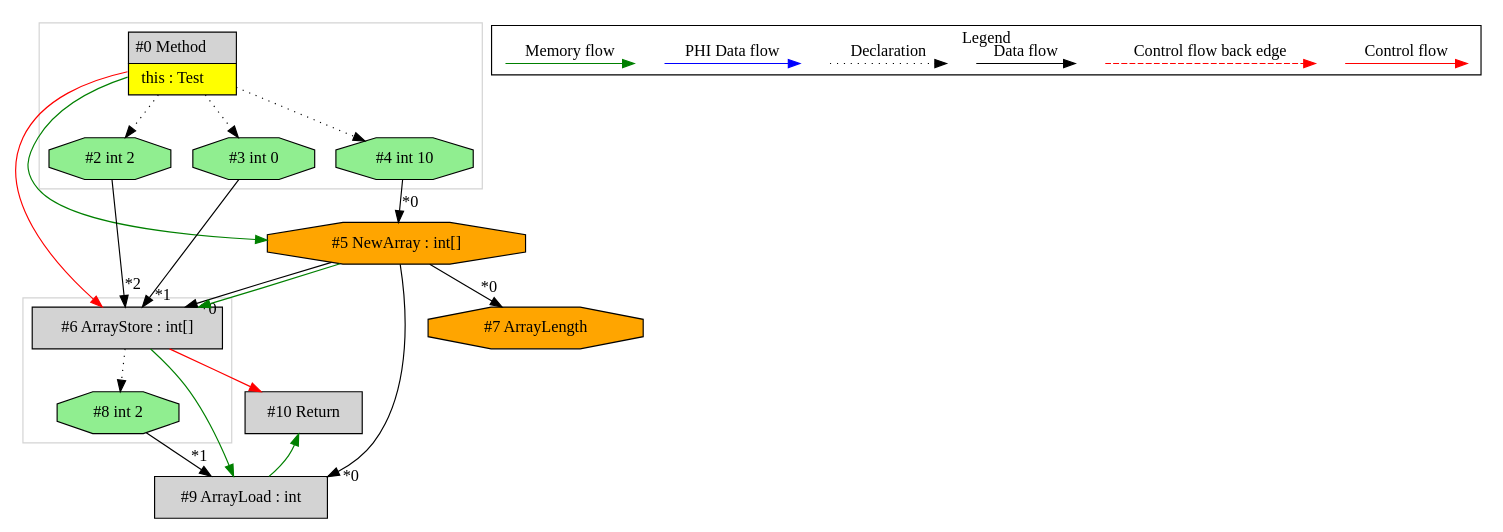
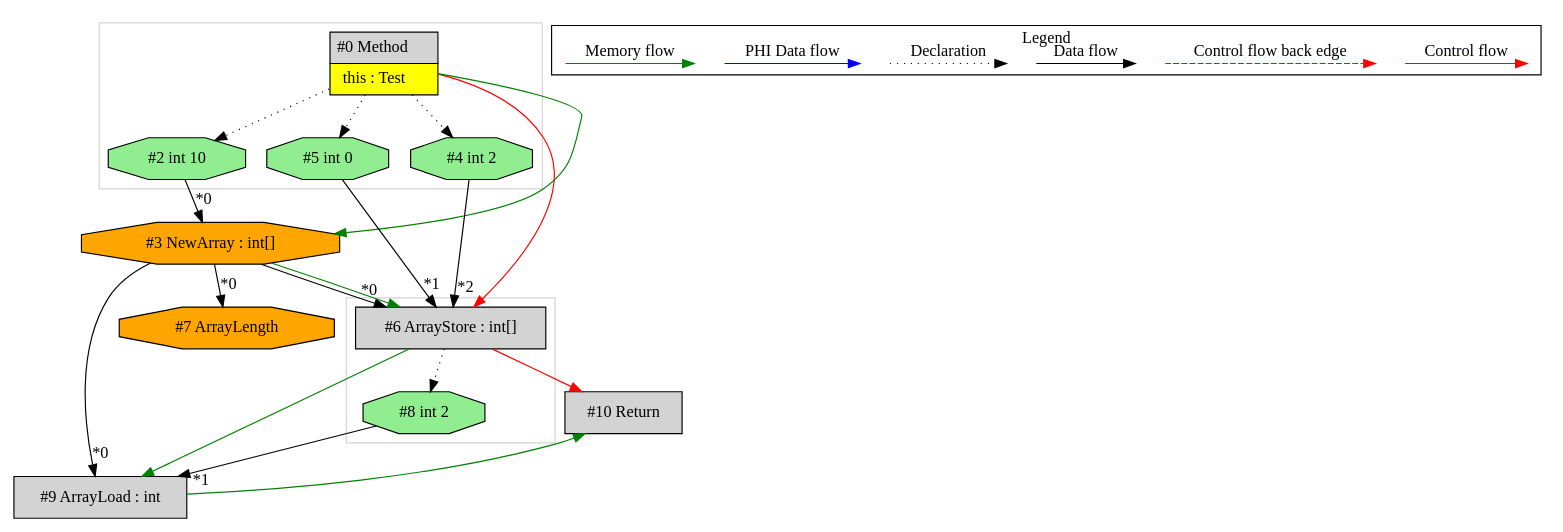
One commit to mirkosertic/MetaIR changed the diagram in de.mirkosertic.metair.ir.OpcodeNEWARRAYTest/test_NEWARRAY_int/ir.dot. Above: the diagram before and after it, drawn with Graphviz. The commit also changed 726 other files, not shown here.

```diff
--- a/de.mirkosertic.metair.ir.OpcodeNEWARRAYTest/test_NEWARRAY_int/ir.dot
+++ b/de.mirkosertic.metair.ir.OpcodeNEWARRAYTest/test_NEWARRAY_int/ir.dot
@@ -1,68 +1,68 @@
 digraph {
  ordering="in";
  node0[margin="0", label=<<table border="0" cellborder="1" cellspacing="0" cellpadding="5"><tr><td colspan="1">#0 Method</td></tr><tr><td port="prj1" bgcolor="yellow">this : Test</td></tr></table>>,shape=none, fillcolor=lightgrey, style=filled];
- node4[label="#4 int 10",shape=octagon, fillcolor=lightgreen, style=filled];
- node0 -> node4[style=dotted];
- node5[label="#5 NewArray : int[]",shape=octagon, fillcolor=orange, style=filled];
- node4 -> node5[headlabel="*0", labeldistance=2];
- node0 -> node5[labeldistance=2, color=green, constraint=false];
  node6[label="#6 ArrayStore : int[]",shape=box, fillcolor=lightgrey, style=filled];
- node5 -> node6[headlabel="*0", labeldistance=2];
- node3 -> node6[headlabel="*1", labeldistance=2];
- node2 -> node6[headlabel="*2", labeldistance=2];
- node5 -> node6[labeldistance=2, color=green, constraint=false];
+ node3 -> node6[headlabel="*0", labeldistance=2];
+ node5 -> node6[headlabel="*1", labeldistance=2];
+ node4 -> node6[headlabel="*2", labeldistance=2];
+ node3 -> node6[labeldistance=2, color=green, constraint=false];
  node0 -> node6[labeldistance=2, color=red, fontcolor=red];
- node2[label="#2 int 2",shape=octagon, fillcolor=lightgreen, style=filled];
+ node3[label="#3 NewArray : int[]",shape=octagon, fillcolor=orange, style=filled];
+ node2 -> node3[headlabel="*0", labeldistance=2];
+ node0 -> node3[labeldistance=2, color=green, constraint=false];
+ node2[label="#2 int 10",shape=octagon, fillcolor=lightgreen, style=filled];
  node0 -> node2[style=dotted];
- node3[label="#3 int 0",shape=octagon, fillcolor=lightgreen, style=filled];
- node0 -> node3[style=dotted];
+ node9[label="#9 ArrayLoad : int",shape=box, fillcolor=lightgrey, style=filled];
+ node3 -> node9[headlabel="*0", labeldistance=2];
+ node8 -> node9[headlabel="*1", labeldistance=2];
+ node6 -> node9[labeldistance=2, color=green, constraint=false];
  node8[label="#8 int 2",shape=octagon, fillcolor=lightgreen, style=filled];
  node6 -> node8[style=dotted];
- node9[label="#9 ArrayLoad : int",shape=box, fillcolor=lightgrey, style=filled];
- node5 -> node9[headlabel="*0", labeldistance=2];
- node8 -> node9[headlabel="*1", labeldistance=2];
- node6 -> node9[labeldistance=2, color=green, constraint=false];
  node10[label="#10 Return",shape=box, fillcolor=lightgrey, style=filled];
  node6 -> node10[labeldistance=2, color=red, fontcolor=red];
  node9 -> node10[labeldistance=2, color=green, constraint=false];
  node7[label="#7 ArrayLength",shape=octagon, fillcolor=orange, style=filled];
- node5 -> node7[headlabel="*0", labeldistance=2];
+ node3 -> node7[headlabel="*0", labeldistance=2];
+ node4[label="#4 int 2",shape=octagon, fillcolor=lightgreen, style=filled];
+ node0 -> node4[style=dotted];
+ node5[label="#5 int 0",shape=octagon, fillcolor=lightgreen, style=filled];
+ node0 -> node5[style=dotted];
  subgraph cluster_0 {
   color=lightgray;
   node0;
   node2;
-  node3;
   node4;
+  node5;
  }
  subgraph cluster_1 {
   color=lightgray;
   node6;
   node8;
  }
  subgraph cluster_000 {
   label = "Legend";
   node [shape=point]
   {
    rank=same;
    c0 [style = invis];
    c1 [style = invis];
    c2 [style = invis];
    c3 [style = invis];
    d0 [style = invis];
    d1 [style = invis];
    d2 [style = invis];
    d3 [style = invis];
    d4 [style = invis];
    d5 [style = invis];
    d6 [style = invis];
    d7 [style = invis];
   }
   c0 -> c1 [label="Control flow", style=solid, color=red]
   c2 -> c3 [label="Control flow back edge", style=dashed, color=red]
   d0 -> d1 [label="Data flow"]
   d2 -> d3 [label="Declaration", style=dotted]
   d4 -> d5 [label="PHI Data flow", color=blue]
   d6 -> d7 [label="Memory flow", color=green]
  }
 
 }
```
